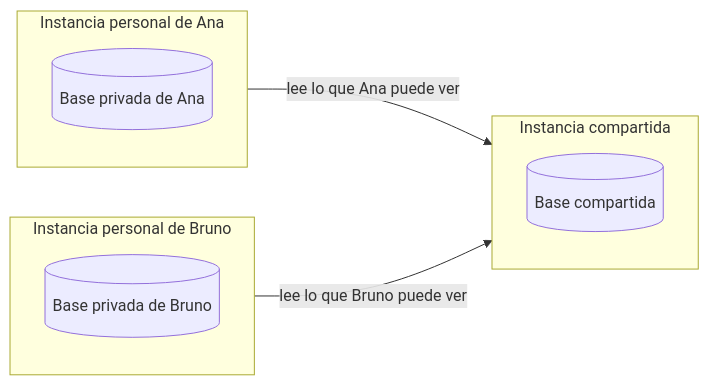
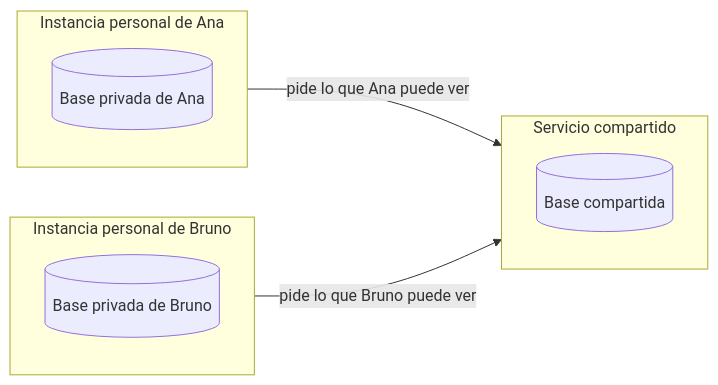
One commit to Micelya/llm_wiki changed the third of 7 diagrams in docs/design/base-documental.md. Above: the diagram before and after it, drawn with Mermaid. The commit also changed other lines of this file and 2 other files, not shown here.

````diff
--- a/docs/design/base-documental.md
+++ b/docs/design/base-documental.md
@@ -75,14 +103,14 @@
 ```mermaid
 flowchart LR
     subgraph PA["Instancia personal de Ana"]
         A1[(Base privada de Ana)]
     end
     subgraph PB["Instancia personal de Bruno"]
         B1[(Base privada de Bruno)]
     end
-    subgraph SC["Instancia compartida"]
+    subgraph SC["Servicio compartido"]
         S1[(Base compartida)]
     end
-    PA -- "lee lo que Ana puede ver" --> SC
-    PB -- "lee lo que Bruno puede ver" --> SC
+    PA -- "pide lo que Ana puede ver" --> SC
+    PB -- "pide lo que Bruno puede ver" --> SC
 ```
````
